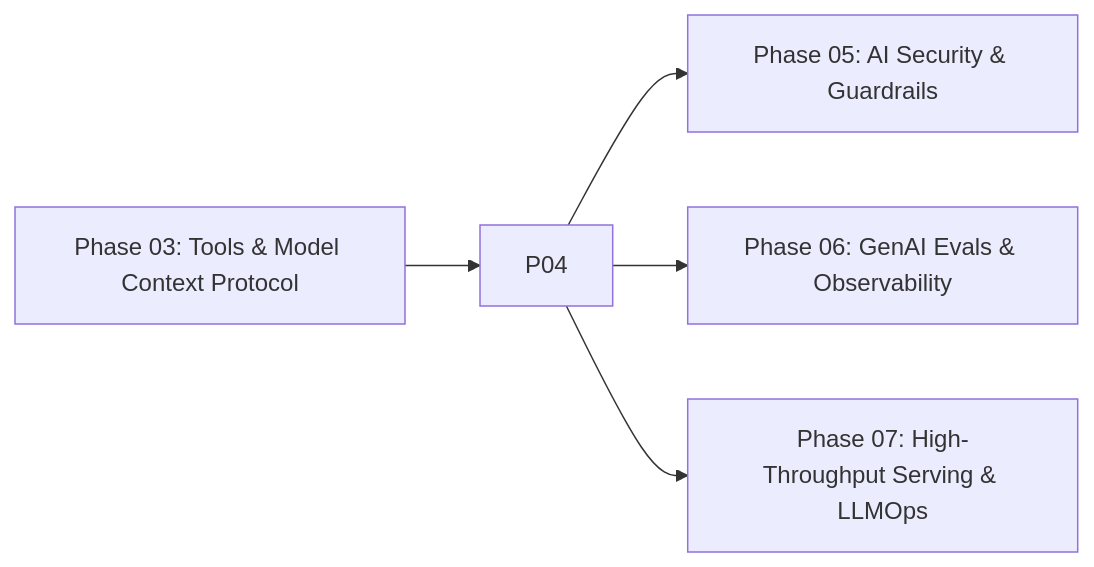
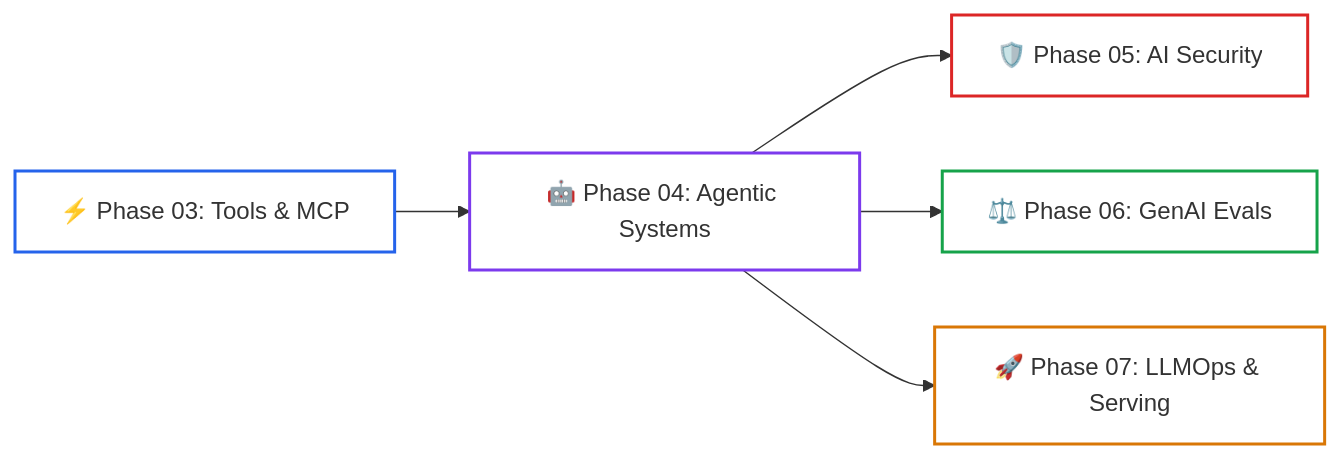
One commit to dip4k/senior-engineer-to-ai-engineer-roadmap changed the third of 3 diagrams in 04-agentic-systems-and-orchestration/README.md. Above: the diagram before and after it, drawn with Mermaid. The commit also changed other lines of this file and 94 other files, not shown here.

Commit message:
refactor(curriculum): complete Phase 04 upgrade and enforce diagram renderer invariants

````diff
--- a/04-agentic-systems-and-orchestration/README.md
+++ b/04-agentic-systems-and-orchestration/README.md
@@ -70,8 +91,13 @@
 ```mermaid
 flowchart LR
-    P03["Phase 03: Tools & Model Context Protocol"] --> P04
-    
-    P04 --> P05["Phase 05: AI Security & Guardrails"]
-    P04 --> P06["Phase 06: GenAI Evals & Observability"]
-    P04 --> P07["Phase 07: High-Throughput Serving & LLMOps"]
+    P03["⚡ Phase 03: Tools & MCP"] --> P04["🤖 Phase 04: Agentic Systems"]
+    P04 --> P05["🛡️ Phase 05: AI Security"]
+    P04 --> P06["⚖️ Phase 06: GenAI Evals"]
+    P04 --> P07["🚀 Phase 07: LLMOps & Serving"]
+
+    style P03 stroke:#2563eb,stroke-width:2px,fill:none
+    style P04 stroke:#7c3aed,stroke-width:2px,fill:none
+    style P05 stroke:#dc2626,stroke-width:2px,fill:none
+    style P06 stroke:#16a34a,stroke-width:2px,fill:none
+    style P07 stroke:#d97706,stroke-width:2px,fill:none
 ```
````
